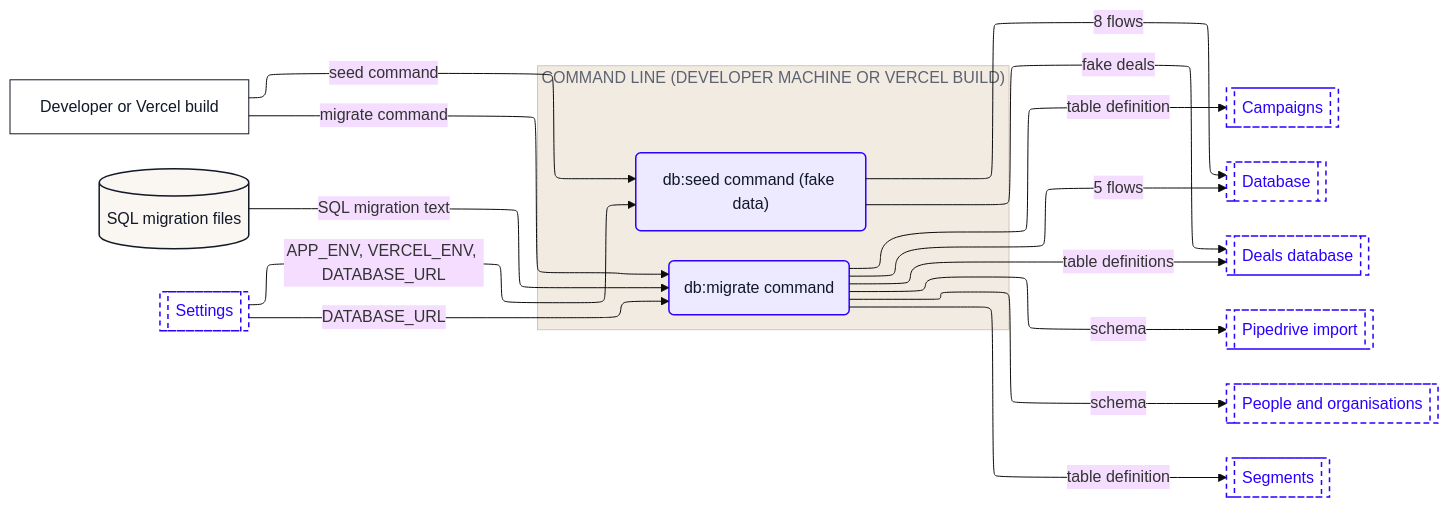
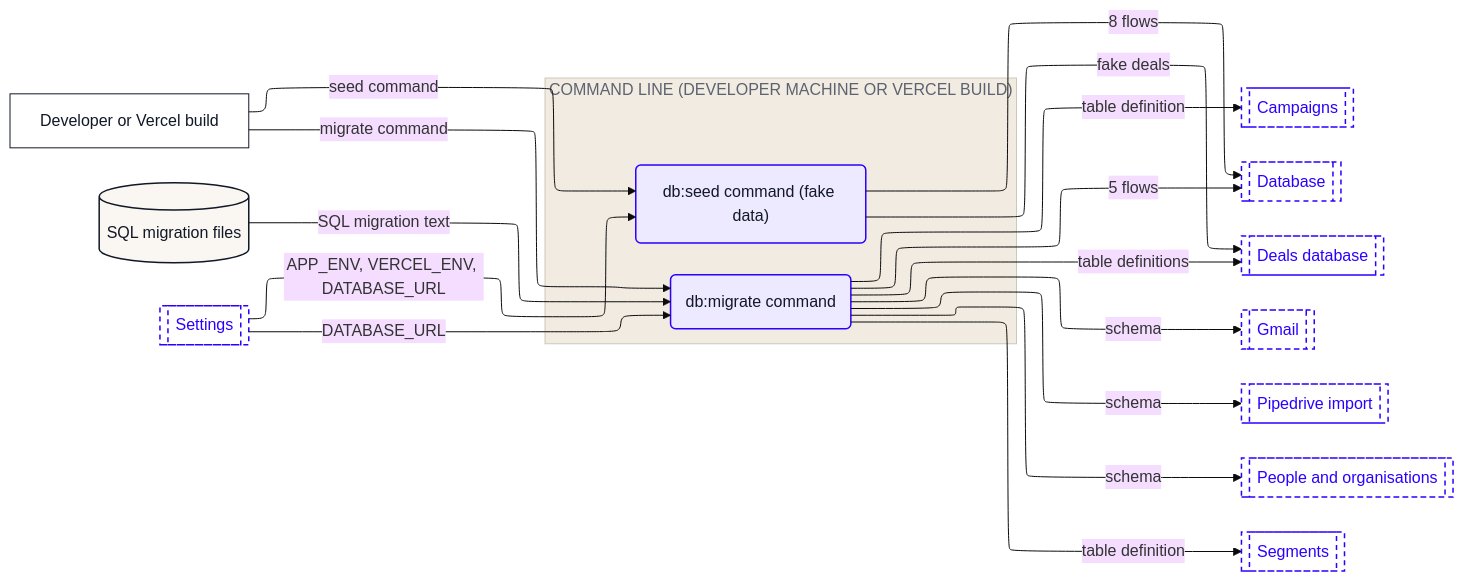
The fifth of 16 diagrams in dataflow/DATAFLOW.md (Romain-Perche/Barnacle-Pipe), drawn with Mermaid (base theme) before and after one commit. The commit also changed other lines of this file and 6 other files, not shown here.

````diff
--- a/dataflow/DATAFLOW.md
+++ b/dataflow/DATAFLOW.md
@@ -345,44 +360,46 @@
 ```mermaid
 ---
 config:
   layout: elk
 ---
 flowchart LR
     n1["Developer or Vercel build"]
     n2[("SQL migration files")]
     subgraph z1["COMMAND LINE (DEVELOPER MACHINE OR VERCEL BUILD)"]
         n3("db:migrate command")
         n4("db:seed command (fake data)")
     end
     n5[["Campaigns"]]
     n6[["Database"]]
     n7[["Deals database"]]
-    n8[["Pipedrive import"]]
-    n9[["People and organisations"]]
-    n10[["Segments"]]
-    n11[["Settings"]]
+    n8[["Gmail"]]
+    n9[["Pipedrive import"]]
+    n10[["People and organisations"]]
+    n11[["Segments"]]
+    n12[["Settings"]]
     n1 -->|"migrate command"| n3
     n1 -->|"seed command"| n4
-    n11 -->|"DATABASE_URL"| n3
-    n11 -->|"APP_ENV, VERCEL_ENV, DATABASE_URL"| n4
+    n12 -->|"DATABASE_URL"| n3
+    n12 -->|"APP_ENV, VERCEL_ENV, DATABASE_URL"| n4
     n3 -->|"5 flows"| n6
     n3 -->|"table definition"| n5
     n3 -->|"table definitions"| n7
+    n3 -->|"schema"| n8
+    n3 -->|"schema"| n10
     n3 -->|"schema"| n9
-    n3 -->|"schema"| n8
-    n3 -->|"table definition"| n10
+    n3 -->|"table definition"| n11
     n2 -->|"SQL migration text"| n3
     n4 -->|"8 flows"| n6
     n4 -->|"fake deals"| n7
     classDef actor fill:#FFFFFF,stroke:#111827,stroke-width:1px,color:#111827
     classDef process fill:#EDEAFF,stroke:#2B00FF,stroke-width:1.5px,color:#111827
     classDef store fill:#FAF6F1,stroke:#111827,stroke-width:1.5px,color:#111827
     classDef zone fill:#1A1A1A,stroke:#1A1A1A,color:#FFFFFF
     classDef group fill:#2B00FF,stroke:#2B00FF,color:#FFFFFF
     classDef stub fill:#FFFFFF,stroke:#2B00FF,stroke-width:1.5px,stroke-dasharray:5 4,color:#2B00FF
     class n1 actor
     class n3,n4 process
     class n2 store
-    class n5,n6,n7,n8,n9,n10,n11 stub
+    class n5,n6,n7,n8,n9,n10,n11,n12 stub
     style z1 fill:#F1EBE2,stroke:#CFC7BB,color:#5D6270
 ```
````
